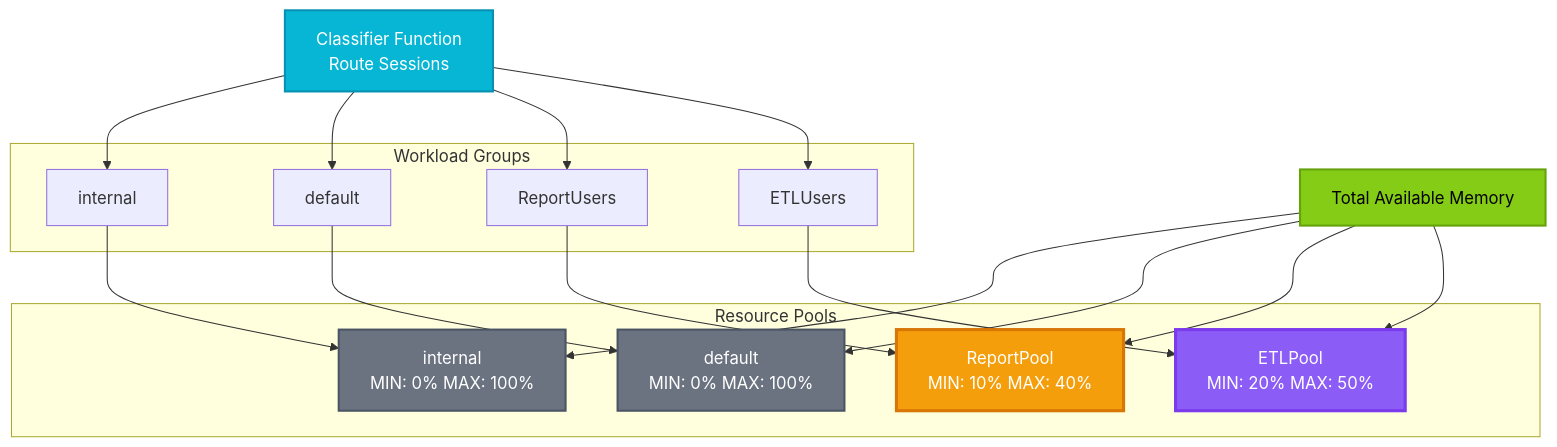
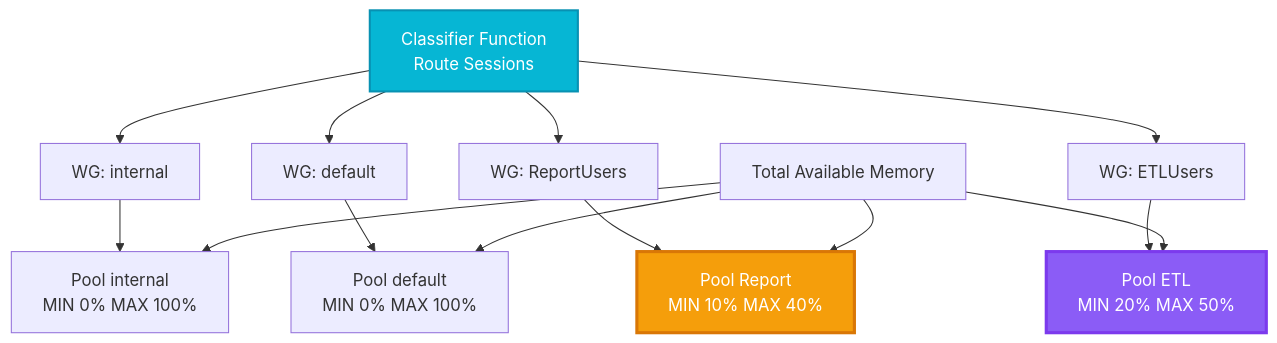
The third of 3 diagrams in Module_04_Memory/Sections/02_SQL_Server_Memory/README.md (DataFabric-Academy/sql-server-performance-tuning), drawn with Mermaid before and after one commit. The commit also changed other lines of this file and 214 other files, not shown here.

````diff
--- a/Module_04_Memory/Sections/02_SQL_Server_Memory/README.md
+++ b/Module_04_Memory/Sections/02_SQL_Server_Memory/README.md
@@ -131,52 +352,18 @@
 ```mermaid
 flowchart TB
-    CF["Classifier Function<br/>Route Sessions"]
-    
-    SpacerRG1[ ]
-    
-    subgraph WorkloadGroups["Workload Groups"]
-        WG1["internal"]
-        WG2["default"]
-        WG3["ReportUsers"]
-        WG4["ETLUsers"]
-    end
-    
-    SpacerRG2[ ]
-    
-    subgraph ResourcePools["Resource Pools"]
-        RP1["internal<br/>MIN: 0% MAX: 100%"]
-        RP2["default<br/>MIN: 0% MAX: 100%"]
-        RP3["ReportPool<br/>MIN: 10% MAX: 40%"]
-        RP4["ETLPool<br/>MIN: 20% MAX: 50%"]
-    end
-    
-    SpacerRG3[ ]
-    
-    TotalMem["Total Available Memory"]
-    
-    CF --> WG1
-    CF --> WG2
-    CF --> WG3
-    CF --> WG4
-    
-    WG1 --> RP1
-    WG2 --> RP2
-    WG3 --> RP3
-    WG4 --> RP4
-    
-    TotalMem --> RP1
+    CF["Classifier Function<br/>Route Sessions"] --> WG1["WG: internal"]
+    CF --> WG2["WG: default"]
+    CF --> WG3["WG: ReportUsers"]
+    CF --> WG4["WG: ETLUsers"]
+    WG1 --> RP1["Pool internal<br/>MIN 0% MAX 100%"]
+    WG2 --> RP2["Pool default<br/>MIN 0% MAX 100%"]
+    WG3 --> RP3["Pool Report<br/>MIN 10% MAX 40%"]
+    WG4 --> RP4["Pool ETL<br/>MIN 20% MAX 50%"]
+    TotalMem["Total Available Memory"] --> RP1
     TotalMem --> RP2
     TotalMem --> RP3
     TotalMem --> RP4
-    
-    style SpacerRG1 fill:transparent,stroke:transparent,color:transparent
-    style SpacerRG2 fill:transparent,stroke:transparent,color:transparent
-    style SpacerRG3 fill:transparent,stroke:transparent,color:transparent
-    
+    style CF fill:#06b6d4,stroke:#0891b2,stroke-width:2px,color:#fff
     style RP3 fill:#f59e0b,stroke:#d97706,stroke-width:3px,color:#fff
     style RP4 fill:#8b5cf6,stroke:#7c3aed,stroke-width:3px,color:#fff
-    style RP1 fill:#6b7280,stroke:#4b5563,stroke-width:2px,color:#fff
-    style RP2 fill:#6b7280,stroke:#4b5563,stroke-width:2px,color:#fff
-    style CF fill:#06b6d4,stroke:#0891b2,stroke-width:2px,color:#fff
-    style TotalMem fill:#84cc16,stroke:#65a30d,stroke-width:2px,color:#000
 ```
````
